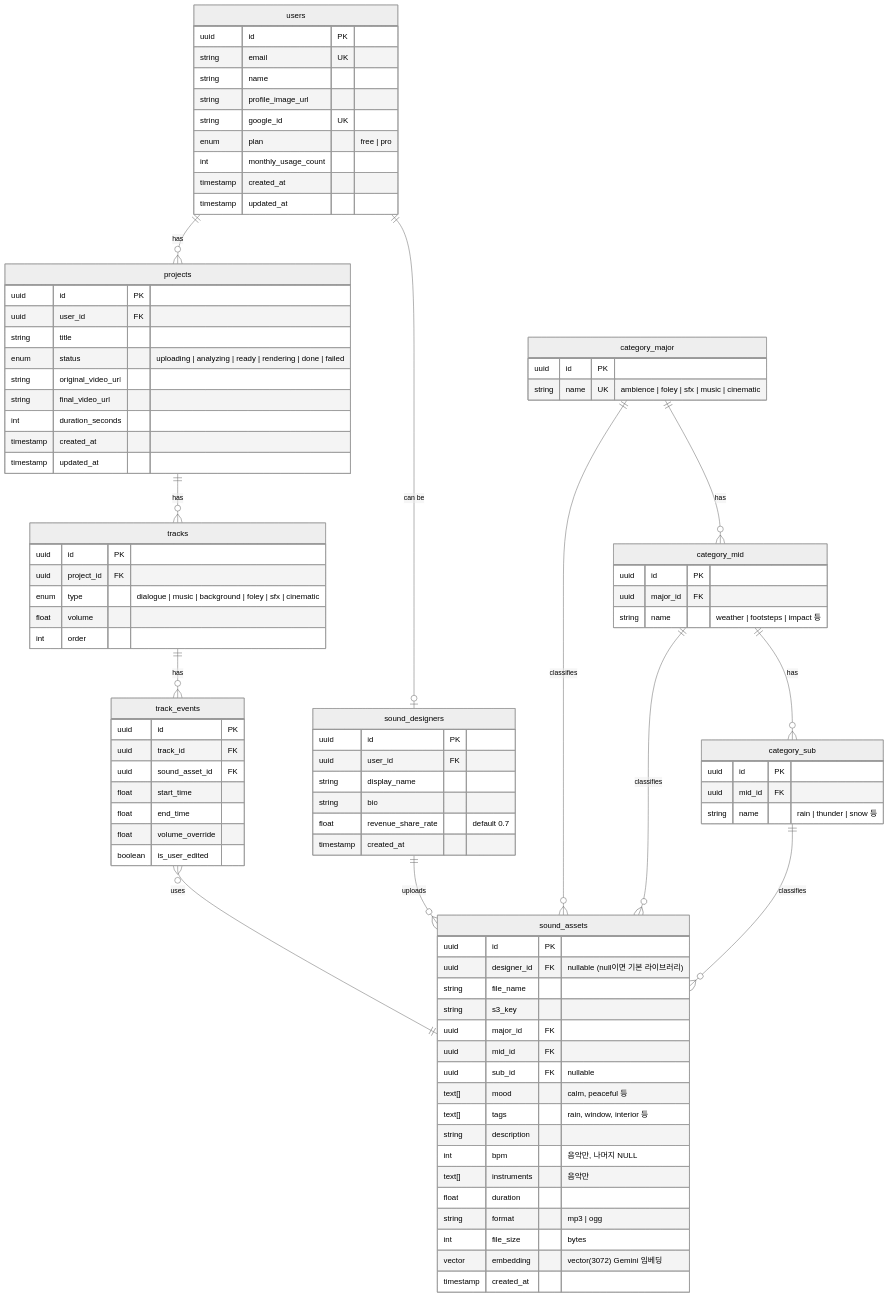
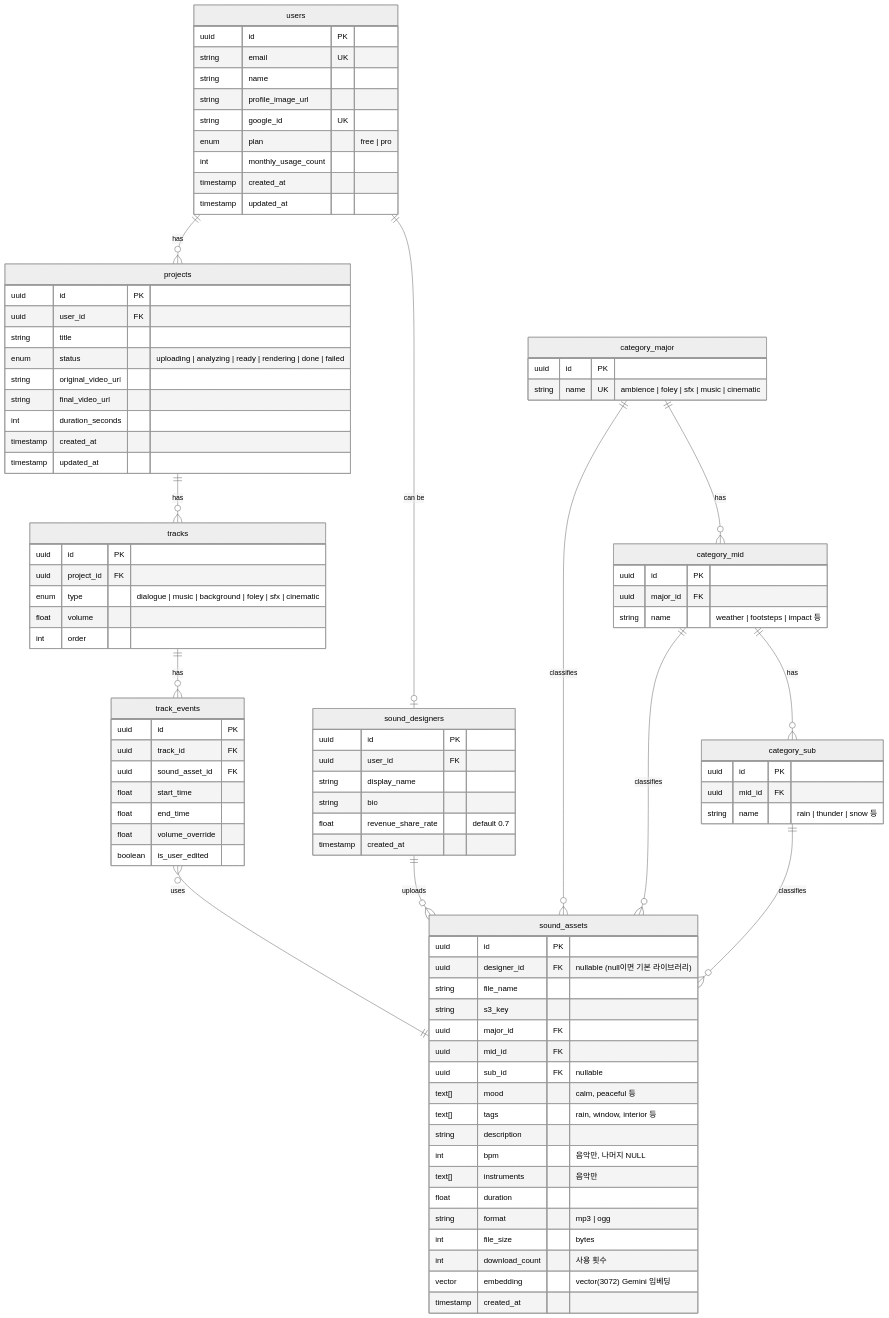
One commit to 4azin/ausori_audio_PoC changed the diagram in back/03_erd.md. Above: the diagram before and after it, drawn with Mermaid (neutral theme). The commit also changed other lines of this file, not shown here.

Commit message:
docs(erd): restore download_count to sound_assets

```diff
--- a/back/03_erd.md
+++ b/back/03_erd.md
@@ -79,6 +79,7 @@
         float duration
         string format "mp3 | ogg"
         int file_size "bytes"
+        int download_count "사용 횟수"
         vector embedding "vector(3072) Gemini 임베딩"
         timestamp created_at
     }
```
